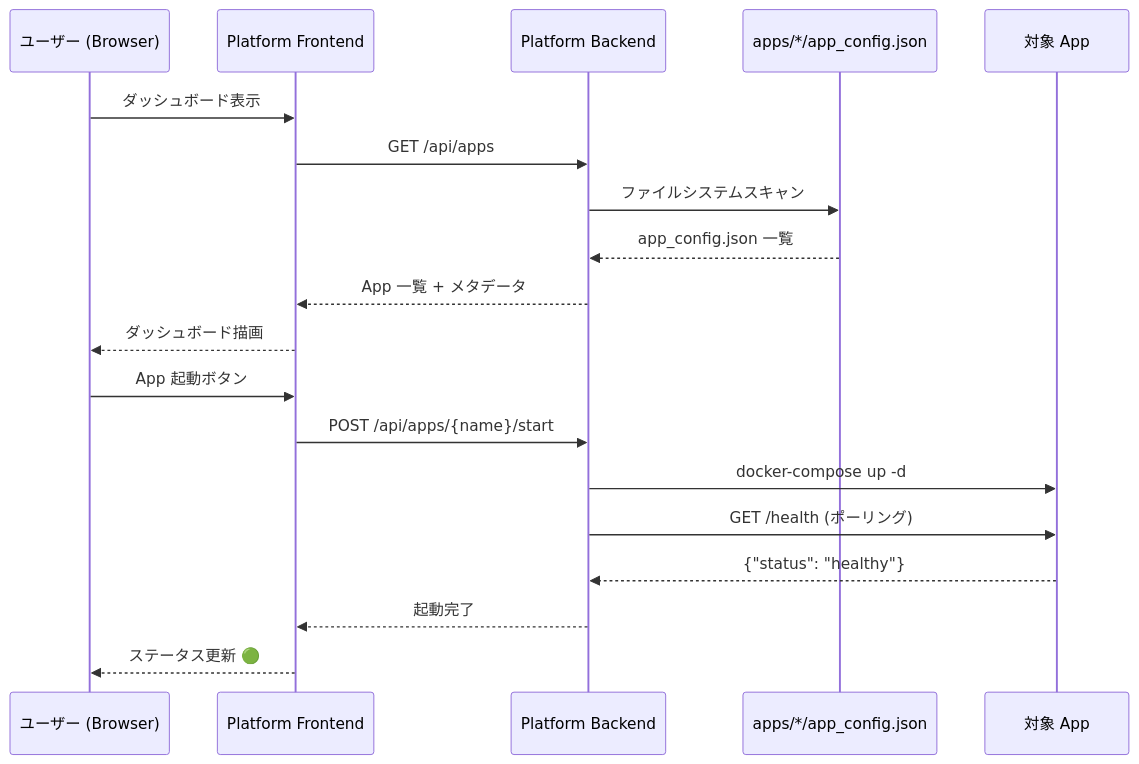
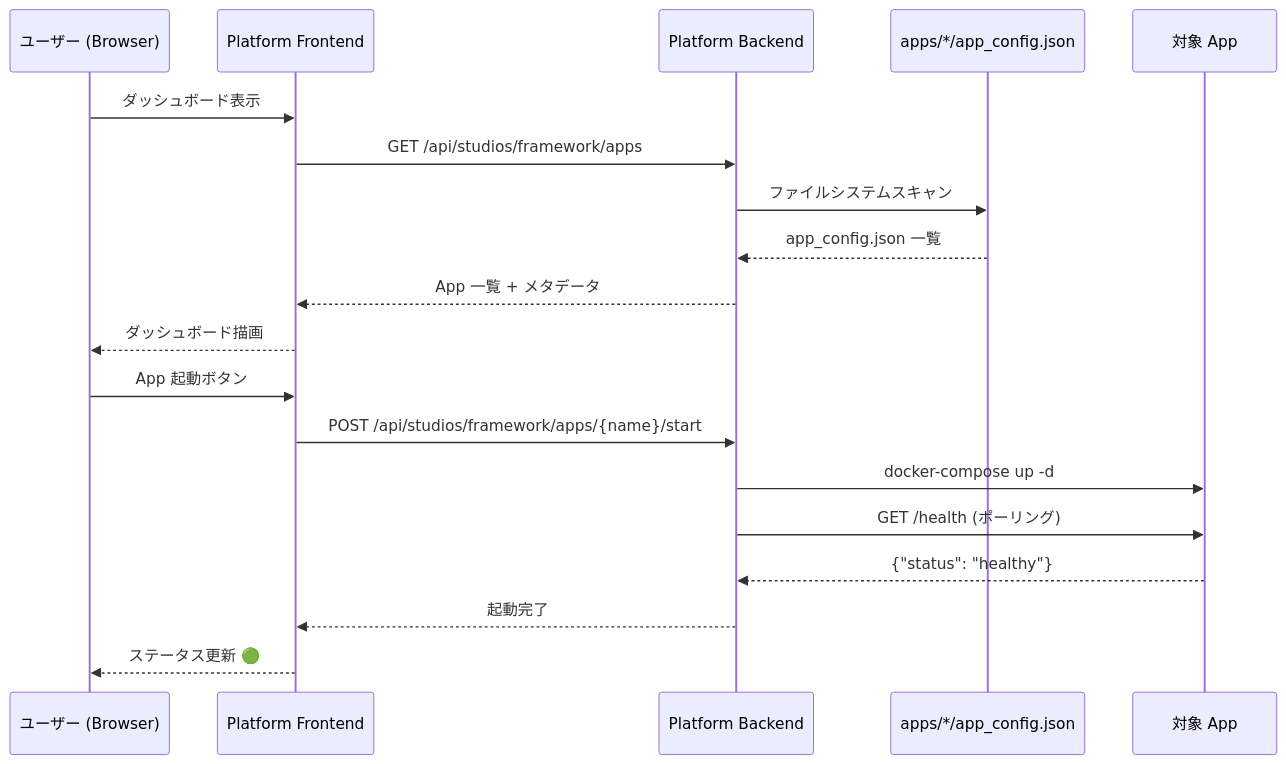
One commit to liushuang393/serverlessAIAgents changed the third of 3 diagrams in apps/platform/docs/architecture.md. Above: the diagram before and after it, drawn with Mermaid. The commit also changed other lines of this file and 107 other files, not shown here.

Commit message:
feat: Introduce a plugin system with official packs, update documentation, and refine platform schemas and routing.

````diff
--- a/apps/platform/docs/architecture.md
+++ b/apps/platform/docs/architecture.md
@@ -135,23 +135,23 @@
 ```mermaid
 sequenceDiagram
     participant U as ユーザー (Browser)
     participant FE as Platform Frontend
     participant BE as Platform Backend
     participant FS as apps/*/app_config.json
     participant APP as 対象 App
 
     U->>FE: ダッシュボード表示
-    FE->>BE: GET /api/apps
+    FE->>BE: GET /api/studios/framework/apps
     BE->>FS: ファイルシステムスキャン
     FS-->>BE: app_config.json 一覧
     BE-->>FE: App 一覧 + メタデータ
     FE-->>U: ダッシュボード描画
 
     U->>FE: App 起動ボタン
-    FE->>BE: POST /api/apps/{name}/start
+    FE->>BE: POST /api/studios/framework/apps/{name}/start
     BE->>APP: docker-compose up -d
     BE->>APP: GET /health (ポーリング)
     APP-->>BE: {"status": "healthy"}
     BE-->>FE: 起動完了
     FE-->>U: ステータス更新 🟢
 ```
````
